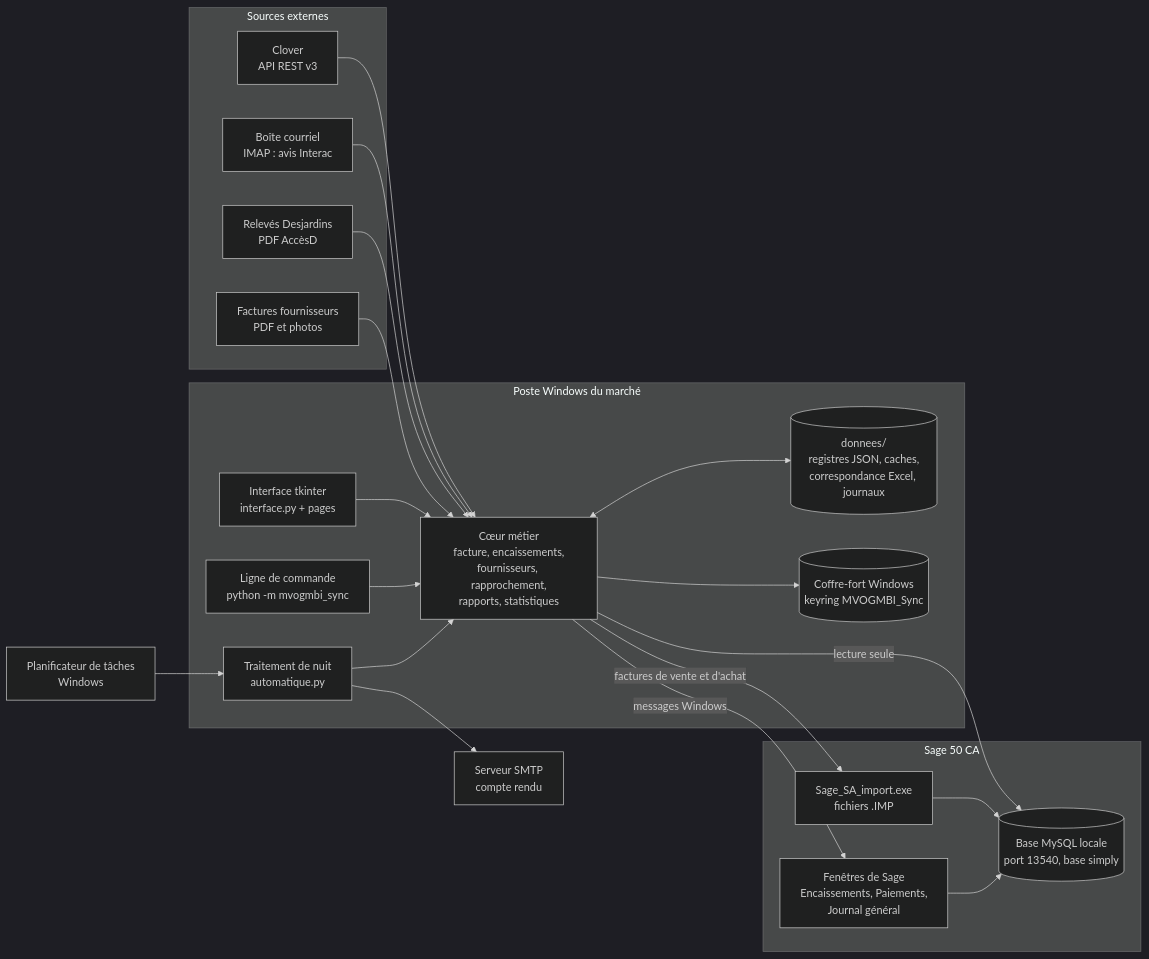
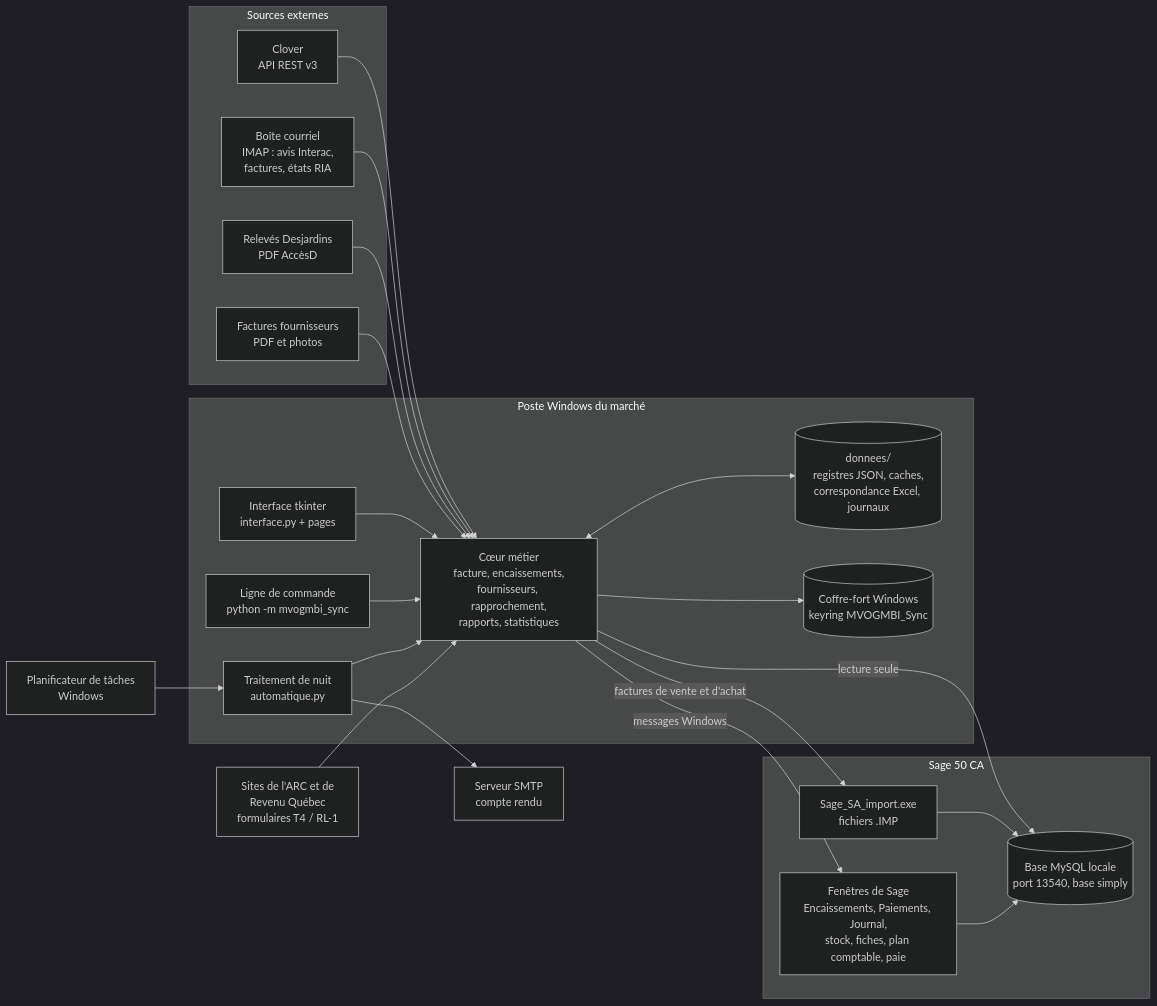
The first of 14 diagrams in ARCHITECTURE.md (mteingueng-dot/MVOGMBI_Sync_2026.1), drawn with Mermaid (dark theme) before and after one commit. The commit also changed other lines of this file and 27 other files, not shown here.

````diff
--- a/ARCHITECTURE.md
+++ b/ARCHITECTURE.md
@@ -25,38 +26,39 @@
 ```mermaid
 flowchart LR
     subgraph Externes["Sources externes"]
         CL["Clover<br/>API REST v3"]
-        BX["Boîte courriel<br/>IMAP : avis Interac"]
+        BX["Boîte courriel<br/>IMAP : avis Interac,<br/>factures, états RIA"]
         DJ["Relevés Desjardins<br/>PDF AccèsD"]
         FF["Factures fournisseurs<br/>PDF et photos"]
     end
     subgraph Poste["Poste Windows du marché"]
         UI["Interface tkinter<br/>interface.py + pages"]
         CLI["Ligne de commande<br/>python -m mvogmbi_sync"]
         NUIT["Traitement de nuit<br/>automatique.py"]
         COEUR["Cœur métier<br/>facture, encaissements,<br/>fournisseurs, rapprochement,<br/>rapports, statistiques"]
         DON[("donnees/<br/>registres JSON, caches,<br/>correspondance Excel, journaux")]
         COF[("Coffre-fort Windows<br/>keyring MVOGMBI_Sync")]
     end
     subgraph Sage["Sage 50 CA"]
         MY[("Base MySQL locale<br/>port 13540, base simply")]
         IMP["Sage_SA_import.exe<br/>fichiers .IMP"]
-        FEN["Fenêtres de Sage<br/>Encaissements, Paiements,<br/>Journal général"]
+        FEN["Fenêtres de Sage<br/>Encaissements, Paiements, Journal,<br/>stock, fiches, plan comptable, paie"]
     end
     SMTP["Serveur SMTP<br/>compte rendu"]
     TS["Planificateur de tâches<br/>Windows"]
 
     CL --> COEUR
     BX --> COEUR
     DJ --> COEUR
     FF --> COEUR
     UI --> COEUR
     CLI --> COEUR
     TS --> NUIT --> COEUR
     COEUR <--> DON
     COEUR --> COF
     COEUR -- "lecture seule" --> MY
     COEUR -- "factures de vente et d'achat" --> IMP --> MY
     COEUR -- "messages Windows" --> FEN --> MY
     NUIT --> SMTP
+    GOUV["Sites de l'ARC et de<br/>Revenu Québec<br/>formulaires T4 / RL-1"] --> COEUR
 ```
````
